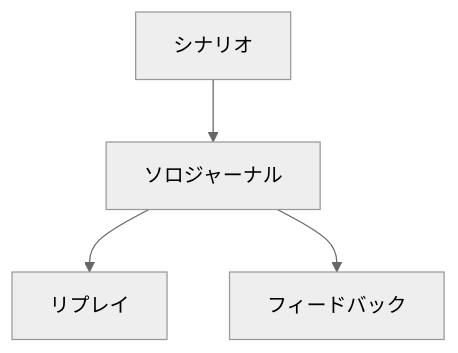
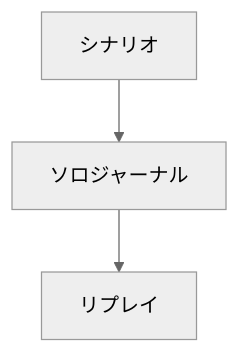
Before and after one commit to hibohiboo/RinneCircle: the diagram in docs/astro/src/pages/ja/introduction.md, drawn with Mermaid (neutral theme).

```diff
--- a/docs/astro/src/pages/ja/introduction.md
+++ b/docs/astro/src/pages/ja/introduction.md
@@ -11,6 +11,5 @@
 <pre class="mermaid">
 graph TD
 A[シナリオ] --> B[ソロジャーナル]
 B --> C[リプレイ]
-B --> D[フィードバック]
 </pre>
```
